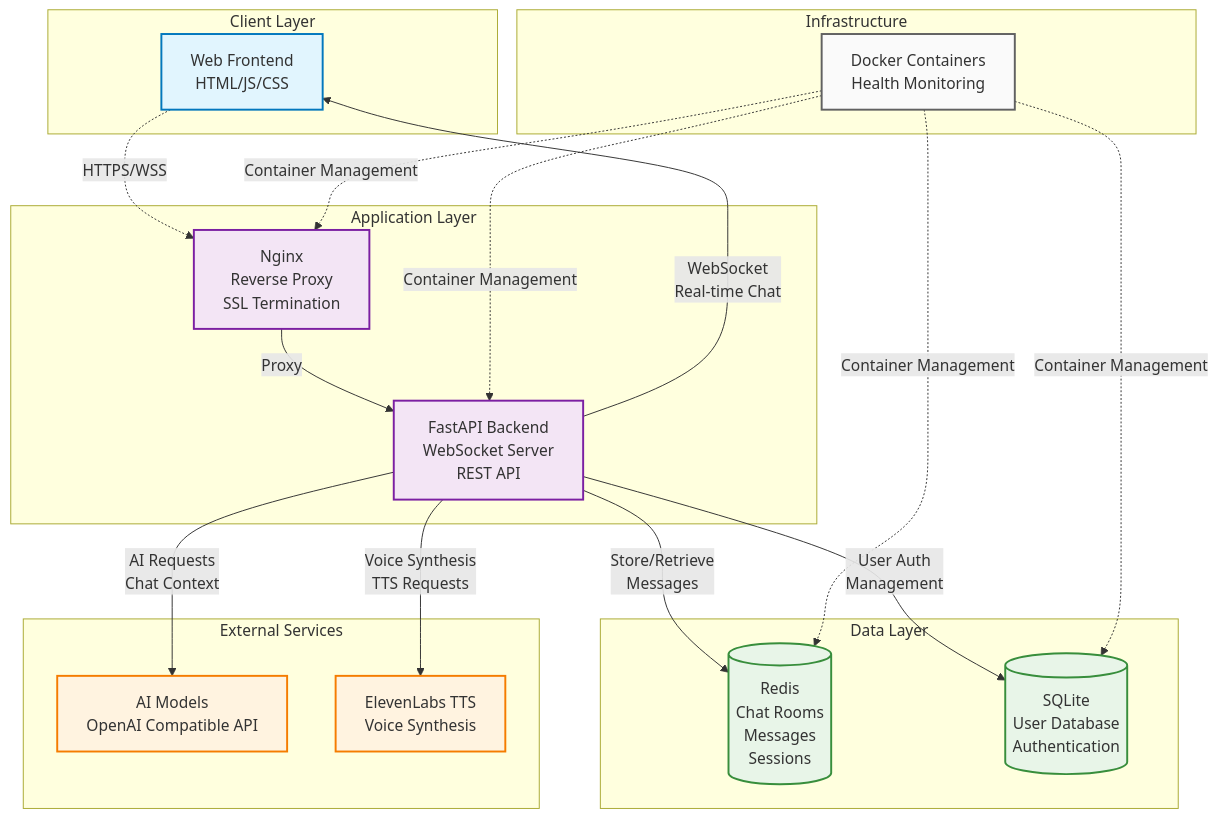
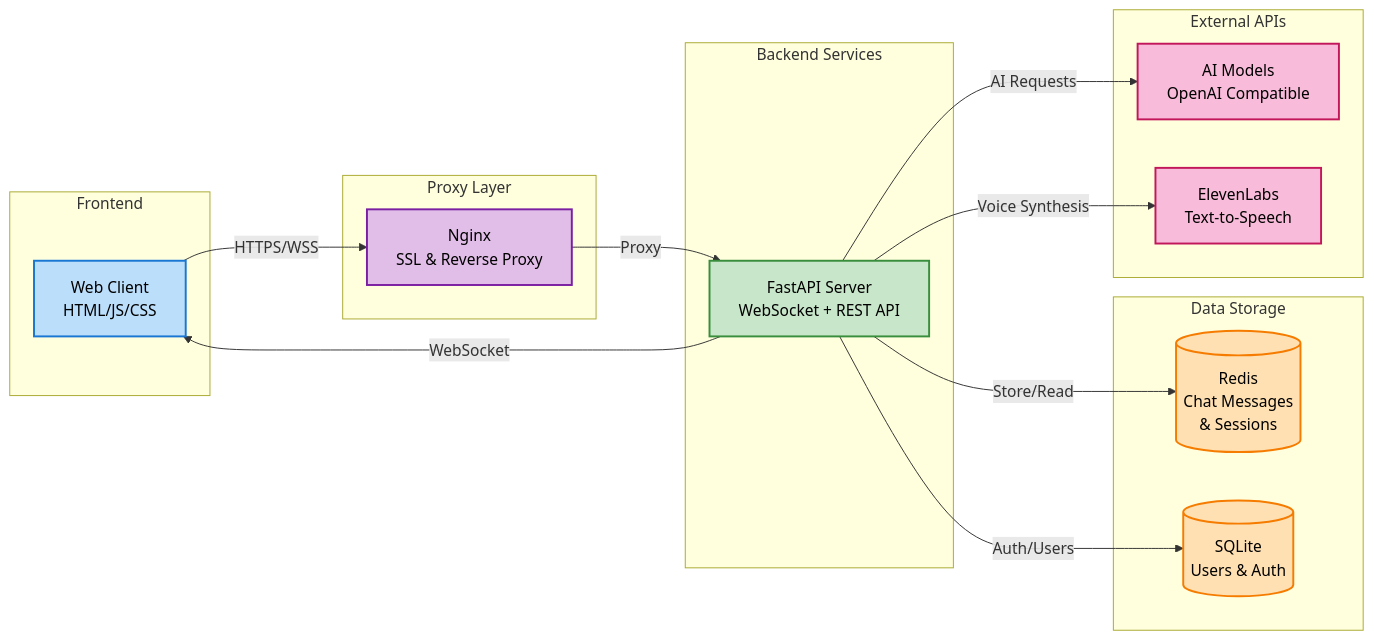
Before and after one commit to jeremyary/multiuser-ai-chat: the diagram in README.md, drawn with Mermaid.

Commit message:
fix render of arch diagram to be cleaner

````diff
--- a/README.md
+++ b/README.md
@@ -7,50 +7,44 @@
 ```mermaid
-graph TB
-    subgraph "Client Layer"
-        WEB[Web Frontend<br/>HTML/JS/CSS]
+graph LR
+    subgraph "Frontend"
+        A[Web Client<br/>HTML/JS/CSS]
     end
     
-    subgraph "Application Layer"
-        NGINX[Nginx<br/>Reverse Proxy<br/>SSL Termination]
-        API[FastAPI Backend<br/>WebSocket Server<br/>REST API]
+    subgraph "Proxy Layer"
+        B[Nginx<br/>SSL & Reverse Proxy]
     end
     
-    subgraph "Data Layer"
-        REDIS[(Redis<br/>Chat Rooms<br/>Messages<br/>Sessions)]
-        SQLITE[(SQLite<br/>User Database<br/>Authentication)]
+    subgraph "Backend Services"
+        C[FastAPI Server<br/>WebSocket + REST API]
     end
     
-    subgraph "External Services"
-        AI[AI Models<br/>OpenAI Compatible API]
-        TTS[ElevenLabs TTS<br/>Voice Synthesis]
+    subgraph "Data Storage"
+        D[(Redis<br/>Chat Messages<br/>& Sessions)]
+        E[(SQLite<br/>Users & Auth)]
     end
     
-    subgraph "Infrastructure"
-        DOCKER[Docker Containers<br/>Health Monitoring]
+    subgraph "External APIs"
+        F[AI Models<br/>OpenAI Compatible]
+        G[ElevenLabs<br/>Text-to-Speech]
     end
     
-    WEB -.->|HTTPS/WSS| NGINX
-    NGINX -->|Proxy| API
-    API -->|WebSocket<br/>Real-time Chat| WEB
-    API -->|Store/Retrieve<br/>Messages| REDIS
-    API -->|User Auth<br/>Management| SQLITE
-    API -->|AI Requests<br/>Chat Context| AI
-    API -->|Voice Synthesis<br/>TTS Requests| TTS
+    A -->|HTTPS/WSS| B
+    B -->|Proxy| C
+    C -->|WebSocket| A
+    C -->|Store/Read| D
+    C -->|Auth/Users| E
+    C -->|AI Requests| F
+    C -->|Voice Synthesis| G
     
-    DOCKER -.->|Container Management| NGINX
-    DOCKER -.->|Container Management| API
-    DOCKER -.->|Container Management| REDIS
-    DOCKER -.->|Container Management| SQLITE
+    classDef frontend fill:#bbdefb,stroke:#1976d2,stroke-width:2px,color:#000
+    classDef proxy fill:#e1bee7,stroke:#7b1fa2,stroke-width:2px,color:#000
+    classDef backend fill:#c8e6c9,stroke:#388e3c,stroke-width:2px,color:#000
+    classDef storage fill:#ffe0b2,stroke:#f57c00,stroke-width:2px,color:#000
+    classDef external fill:#f8bbd9,stroke:#c2185b,stroke-width:2px,color:#000
     
-    classDef client fill:#e1f5fe,stroke:#0277bd,stroke-width:2px
-    classDef app fill:#f3e5f5,stroke:#7b1fa2,stroke-width:2px
-    classDef data fill:#e8f5e8,stroke:#388e3c,stroke-width:2px
-    classDef external fill:#fff3e0,stroke:#f57c00,stroke-width:2px
-    classDef infra fill:#fafafa,stroke:#616161,stroke-width:2px
-    
-    class WEB client
-    class NGINX,API app
-    class REDIS,SQLITE data
-    class AI,TTS external
-    class DOCKER infra
+    class A frontend
+    class B proxy
+    class C backend
+    class D,E storage
+    class F,G external
 ```
````
